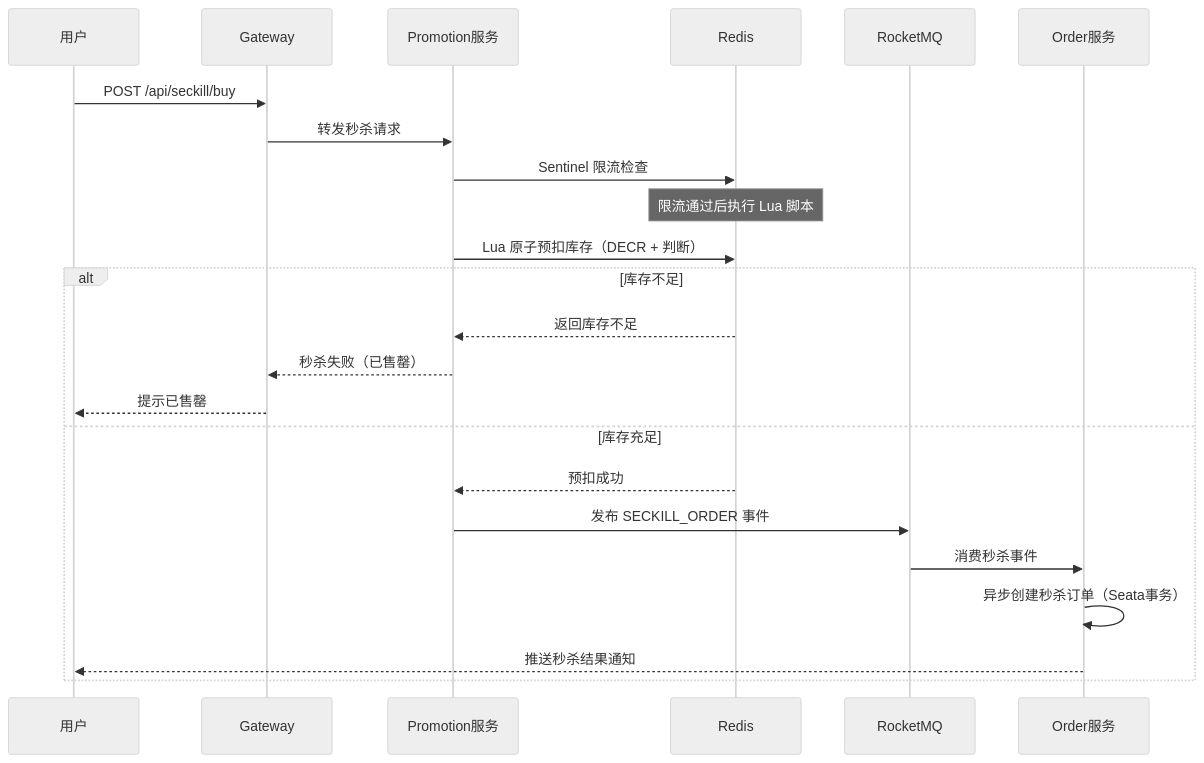
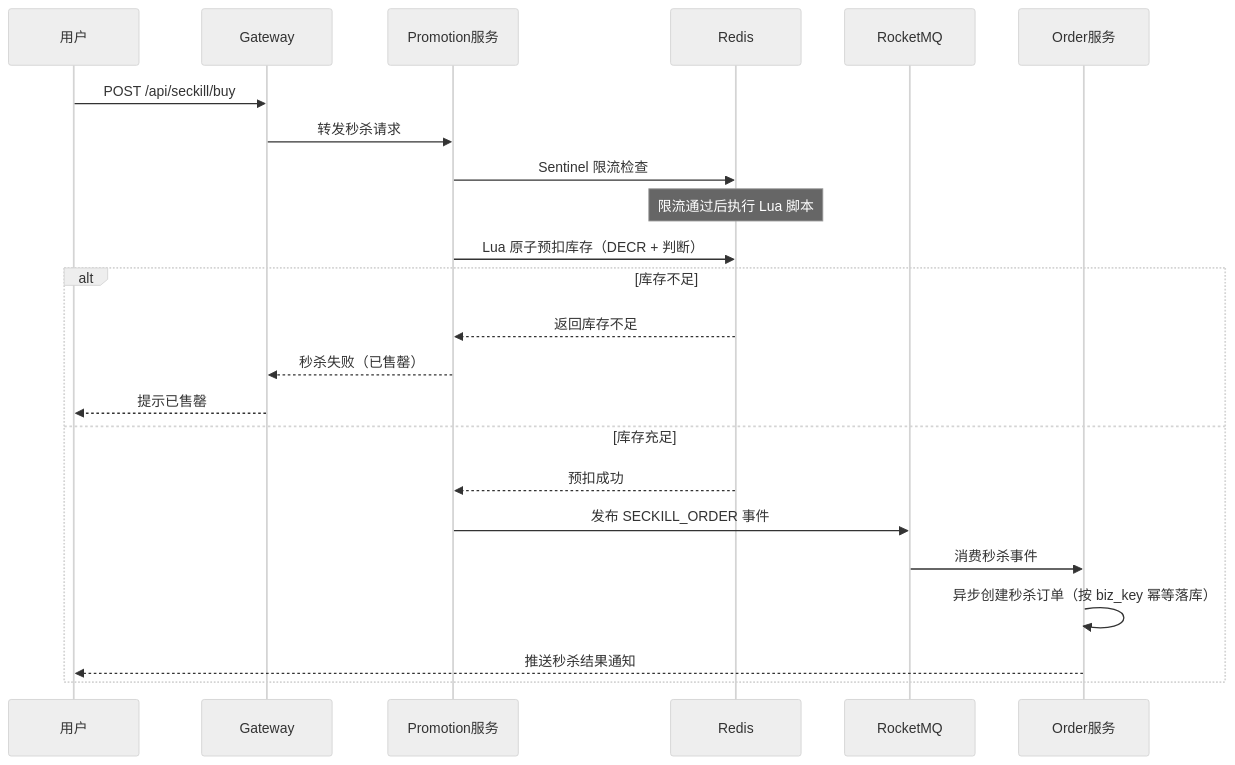
Before and after one commit to w18709894716/buy-you-want: the fourth of 6 diagrams in docs/guide/architecture.md, drawn with Mermaid (neutral theme). The commit also changed other lines of this file and 267 other files, not shown here.

````diff
--- a/docs/guide/architecture.md
+++ b/docs/guide/architecture.md
@@ -167,28 +166,28 @@
 ```mermaid
 sequenceDiagram
     participant U as 用户
     participant GW as Gateway
     participant PR as Promotion服务
     participant RD as Redis
     participant MQ as RocketMQ
     participant O as Order服务
 
     U->>GW: POST /api/seckill/buy
     GW->>PR: 转发秒杀请求
 
     PR->>RD: Sentinel 限流检查
     Note over RD: 限流通过后执行 Lua 脚本
     PR->>RD: Lua 原子预扣库存（DECR + 判断）
 
     alt 库存不足
         RD-->>PR: 返回库存不足
         PR-->>GW: 秒杀失败（已售罄）
         GW-->>U: 提示已售罄
     else 库存充足
         RD-->>PR: 预扣成功
         PR->>MQ: 发布 SECKILL_ORDER 事件
         MQ->>O: 消费秒杀事件
-        O->>O: 异步创建秒杀订单（Seata事务）
+        O->>O: 异步创建秒杀订单（按 biz_key 幂等落库）
         O-->>U: 推送秒杀结果通知
     end
 ```
````
